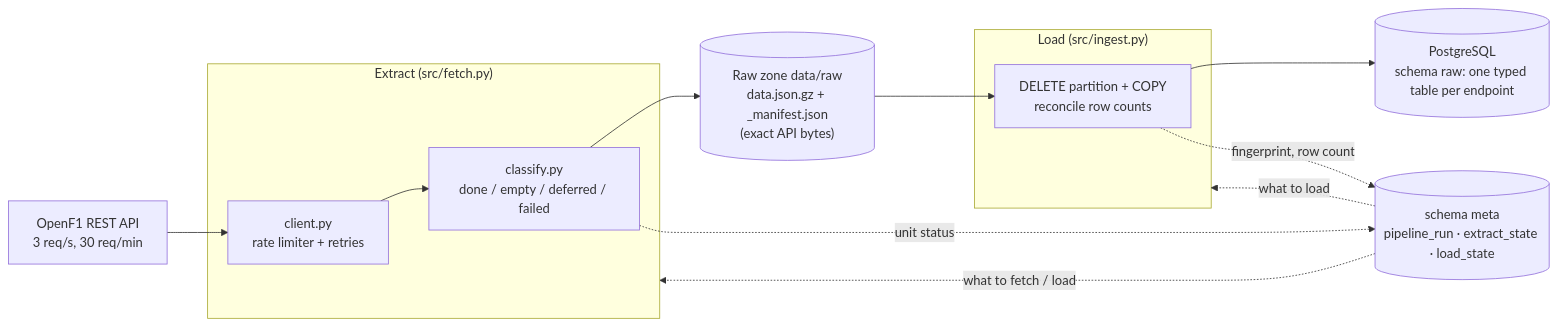
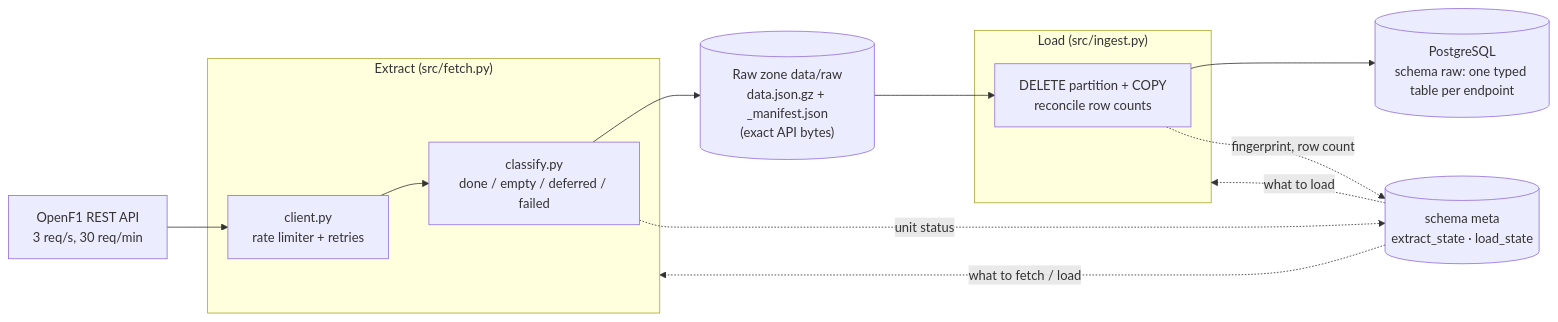
One commit to FloHoliday/DENG changed the diagram in docs/architecture.md. Above: the diagram before and after it, drawn with Mermaid. The commit also changed other lines of this file and 27 other files, not shown here.

First line of the commit message:
refactor: cut tests, status, dry-run, extra filters, pipeline_run and tuning config

````diff
--- a/docs/architecture.md
+++ b/docs/architecture.md
@@ -3,21 +3,21 @@
 ```mermaid
 flowchart LR
     api["OpenF1 REST API<br/>3 req/s, 30 req/min"]
     subgraph extract["Extract (src/fetch.py)"]
         client["client.py<br/>rate limiter + retries"]
         classify["classify.py<br/>done / empty / deferred / failed"]
     end
     raw[("Raw zone data/raw<br/>data.json.gz + _manifest.json<br/>(exact API bytes)")]
     subgraph load["Load (src/ingest.py)"]
         copy["DELETE partition + COPY<br/>reconcile row counts"]
     end
     pg[("PostgreSQL<br/>schema raw: one typed table per endpoint")]
-    meta[("schema meta<br/>pipeline_run · extract_state · load_state")]
+    meta[("schema meta<br/>extract_state · load_state")]
 
     api --> client --> classify --> raw
     raw --> copy --> pg
     classify -. unit status .-> meta
     copy -. fingerprint, row count .-> meta
     meta -. what to fetch / load .-> extract
     meta -. what to load .-> load
 ```
````
